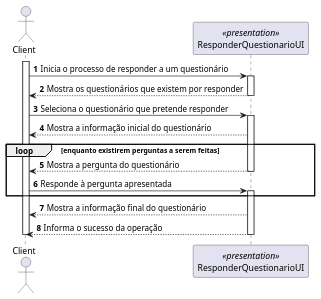
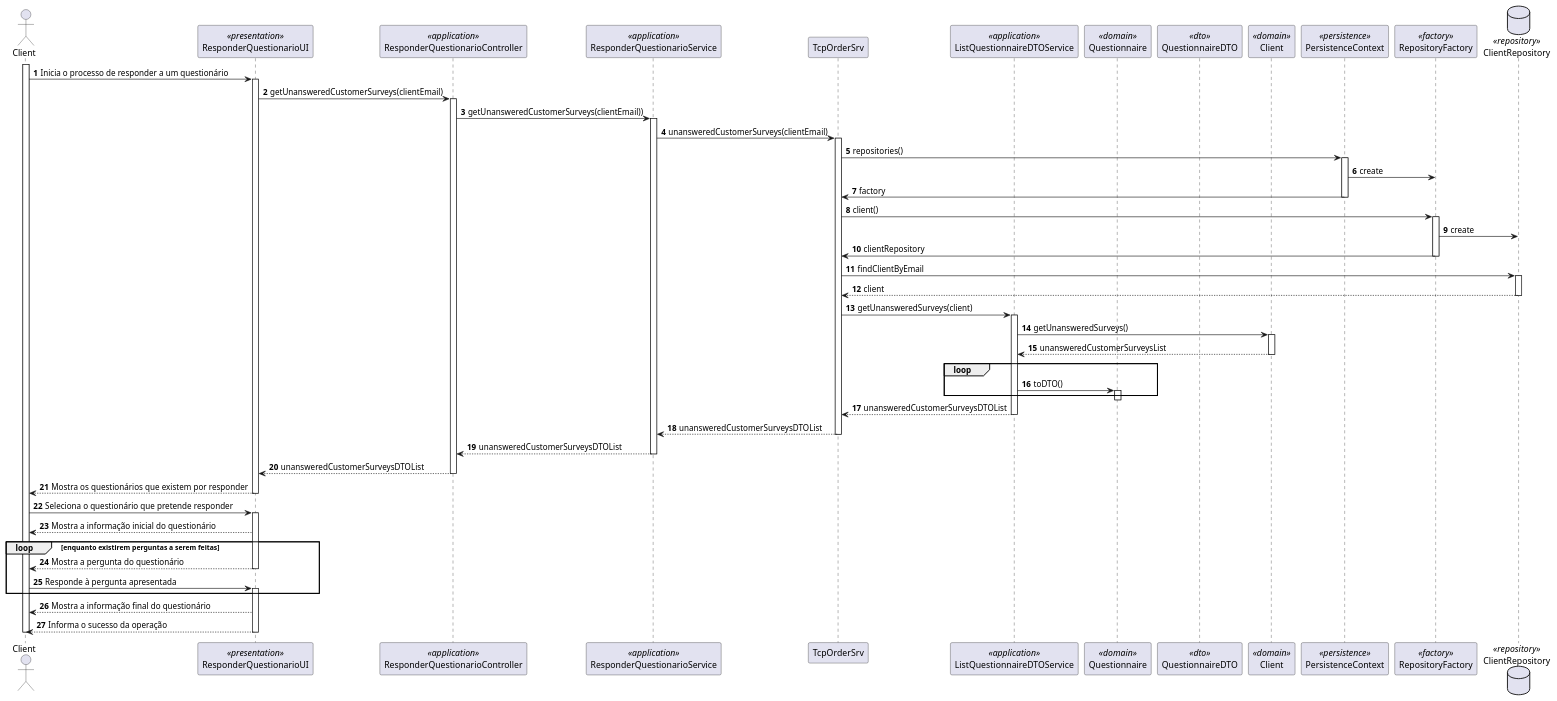
Before and after one commit to 0franciscor/lei21_22_s4_2de_01: the diagram in docs/1201386/US3501/SD_ResponderQuestionário.puml, drawn with PlantUML. The commit also changed 22 other files, not shown here.

```diff
--- a/docs/1201386/US3501/SD_ResponderQuestionário.puml
+++ b/docs/1201386/US3501/SD_ResponderQuestionário.puml
@@ -1,26 +1,77 @@
 @startuml
 
 autonumber
 actor "Client" as C
 participant ResponderQuestionarioUI as UI <<presentation>>
+participant ResponderQuestionarioController as Controller <<application>>
+participant ResponderQuestionarioService as Service <<application>>
+participant TcpOrderSrv as OrderServer
+participant ListQuestionnaireDTOService as serv <<application>>
+participant "Questionnaire" as Domain <<domain>>
+participant "QuestionnaireDTO" as DTO <<dto>>
+participant "Client" as client <<domain>>
+participant PersistenceContext as Persistence <<persistence>>
+participant RepositoryFactory as Factory <<factory>>
+database ClientRepository as repository <<repository>>
+
+
 
 activate C
 C -> UI : Inicia o processo de responder a um questionário
 activate UI
+UI -> Controller: getUnansweredCustomerSurveys(clientEmail)
+activate Controller
+Controller -> Service : getUnansweredCustomerSurveys(clientEmail))
+activate Service
+Service -> OrderServer : unansweredCustomerSurveys(clientEmail)
+activate OrderServer
+OrderServer -> Persistence: repositories()
+activate Persistence
+Persistence -> Factory: create
+Persistence -> OrderServer: factory
+deactivate Persistence
+OrderServer -> Factory: client()
+activate Factory
+Factory -> repository: create
+Factory -> OrderServer: clientRepository
+deactivate Factory
+OrderServer->repository:findClientByEmail
+activate repository
+repository -->OrderServer: client
+deactivate repository
+OrderServer -> serv: getUnansweredSurveys(client)
+activate serv
+serv -> client: getUnansweredSurveys()
+activate client
+client --> serv: unansweredCustomerSurveysList
+deactivate client
+loop
+serv -> Domain: toDTO()
+activate Domain
+end
+deactivate Domain
+serv --> OrderServer: unansweredCustomerSurveysDTOList
+deactivate serv
+OrderServer --> Service: unansweredCustomerSurveysDTOList
+deactivate OrderServer
+Service --> Controller: unansweredCustomerSurveysDTOList
+deactivate Service
+Controller --> UI: unansweredCustomerSurveysDTOList
+deactivate Controller
 UI --> C : Mostra os questionários que existem por responder
 deactivate UI
 C -> UI : Seleciona o questionário que pretende responder
 activate UI
 UI --> C : Mostra a informação inicial do questionário
 loop enquanto existirem perguntas a serem feitas
 UI --> C : Mostra a pergunta do questionário
 deactivate UI
 C -> UI : Responde à pergunta apresentada
 activate UI
 end
 UI --> C : Mostra a informação final do questionário
 UI --> C : Informa o sucesso da operação
 deactivate UI
 deactivate C
 
 @enduml
```
